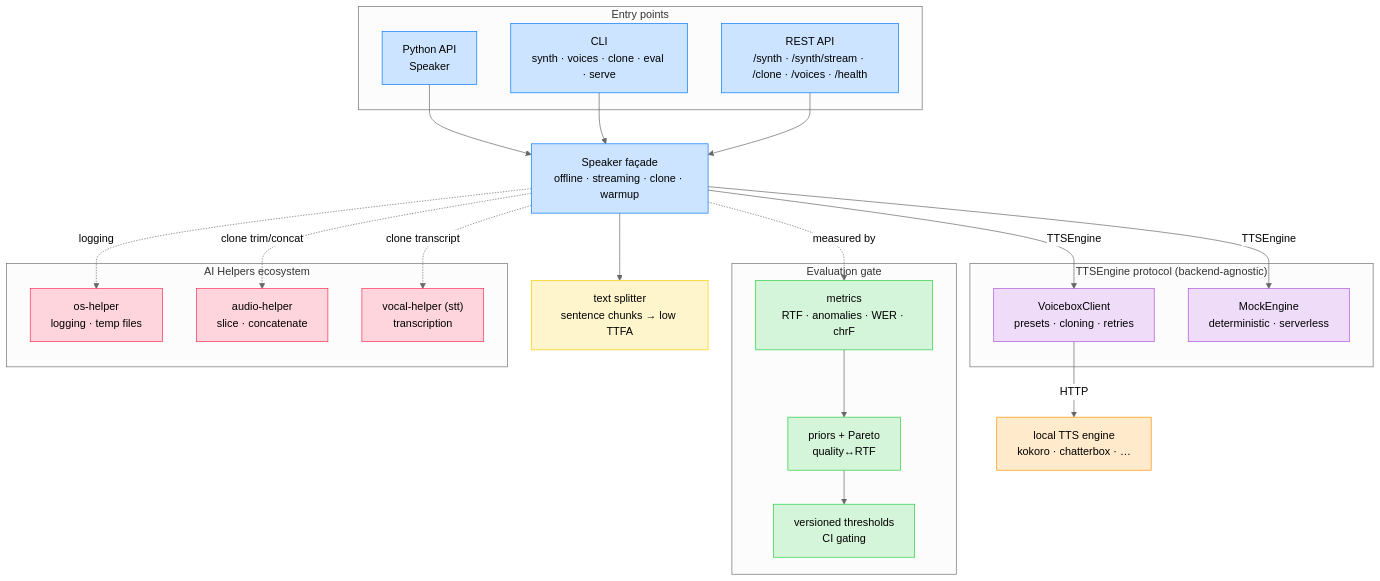
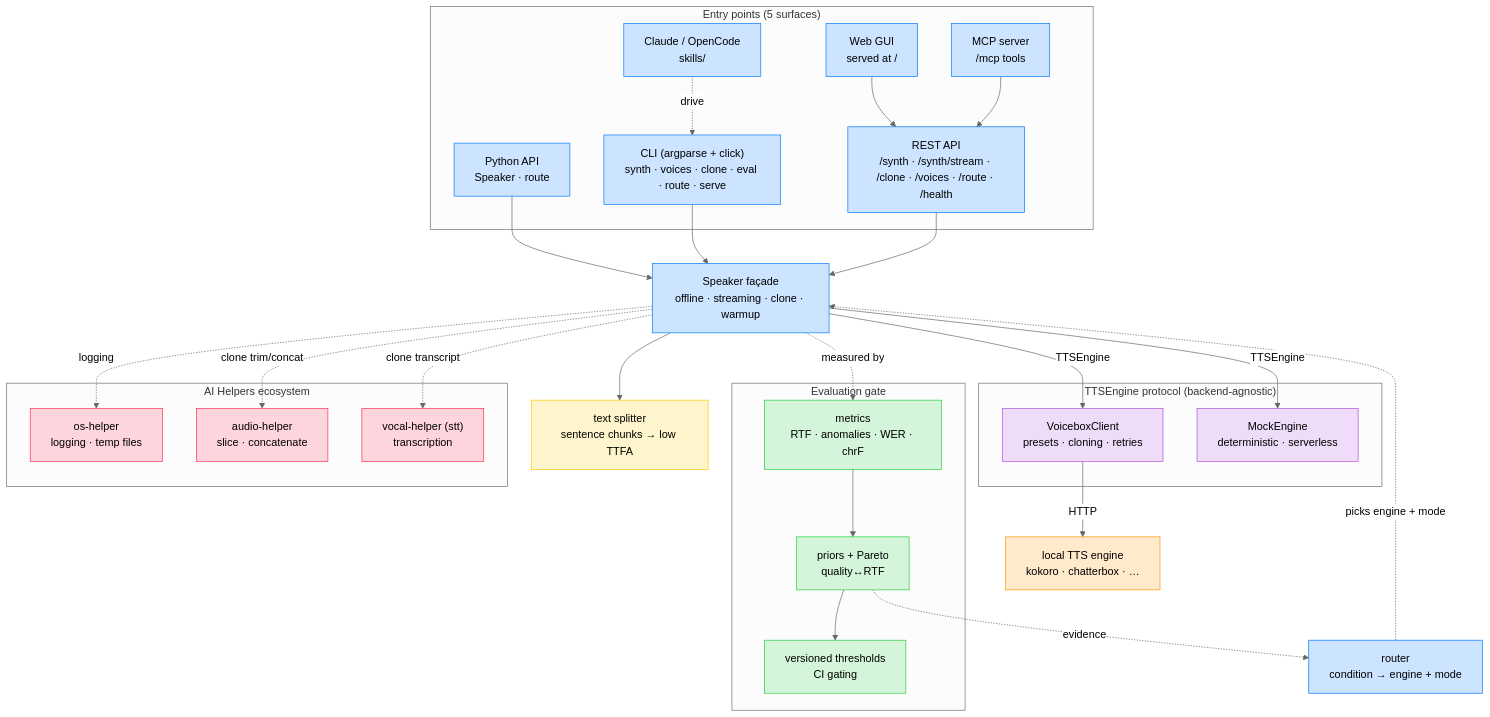
One commit to warith-harchaoui/speaker-helper changed the first of 2 diagrams in TECHNICAL_STACK.md. Above: the diagram before and after it, drawn with Mermaid (neutral theme). The commit also changed other lines of this file and 40 other files, not shown here.

````diff
--- a/TECHNICAL_STACK.md
+++ b/TECHNICAL_STACK.md
@@ -10,50 +10,59 @@
 ```mermaid
 flowchart TB
-    subgraph clients["Entry points"]
-        lib["Python API<br/>Speaker"]:::core
-        cli["CLI<br/>synth · voices · clone · eval · serve"]:::core
-        api["REST API<br/>/synth · /synth/stream · /clone · /voices · /health"]:::core
+    subgraph clients["Entry points (5 surfaces)"]
+        lib["Python API<br/>Speaker · route"]:::core
+        cli["CLI (argparse + click)<br/>synth · voices · clone · eval · route · serve"]:::core
+        api["REST API<br/>/synth · /synth/stream · /clone · /voices · /route · /health"]:::core
+        gui["Web GUI<br/>served at /"]:::core
+        mcp["MCP server<br/>/mcp tools"]:::core
+        skills["Claude / OpenCode<br/>skills/"]:::core
     end
 
     speaker["Speaker façade<br/>offline · streaming · clone · warmup"]:::core
+    router["router<br/>condition → engine + mode"]:::core
     text["text splitter<br/>sentence chunks → low TTFA"]:::util
 
     subgraph engines["TTSEngine protocol (backend-agnostic)"]
         voicebox["VoiceboxClient<br/>presets · cloning · retries"]:::engine
         mock["MockEngine<br/>deterministic · serverless"]:::engine
     end
 
     subgraph evallayer["Evaluation gate"]
         metrics["metrics<br/>RTF · anomalies · WER · chrF"]:::eval
         priors["priors + Pareto<br/>quality↔RTF"]:::eval
         thresholds["versioned thresholds<br/>CI gating"]:::eval
     end
 
     subgraph ecosystem["AI Helpers ecosystem"]
         osh["os-helper<br/>logging · temp files"]:::eco
         ah["audio-helper<br/>slice · concatenate"]:::eco
         vh["vocal-helper (stt)<br/>transcription"]:::eco
     end
 
     engine["local TTS engine<br/>kokoro · chatterbox · …"]:::ext
 
     lib --> speaker
     cli --> speaker
     api --> speaker
+    gui --> api
+    mcp --> api
+    skills -.->|drive| cli
     speaker --> text
+    router -.->|picks engine + mode| speaker
     speaker -- "TTSEngine" --> voicebox
     speaker -- "TTSEngine" --> mock
     voicebox -->|HTTP| engine
     speaker -.->|measured by| metrics
     metrics --> priors --> thresholds
+    priors -.->|evidence| router
     speaker -.->|logging| osh
     speaker -.->|clone trim/concat| ah
     speaker -.->|clone transcript| vh
 
     classDef core fill:#CCE4FF,stroke:#007AFF,color:#000000
     classDef util fill:#FFF5CC,stroke:#FFCC00,color:#000000
     classDef engine fill:#EFDCF8,stroke:#AF52DE,color:#000000
     classDef eval fill:#D4F5D9,stroke:#28CD41,color:#000000
     classDef eco fill:#FFD5DD,stroke:#FF2D55,color:#000000
     classDef ext fill:#FFEACC,stroke:#FF9500,color:#000000
 ```
````
